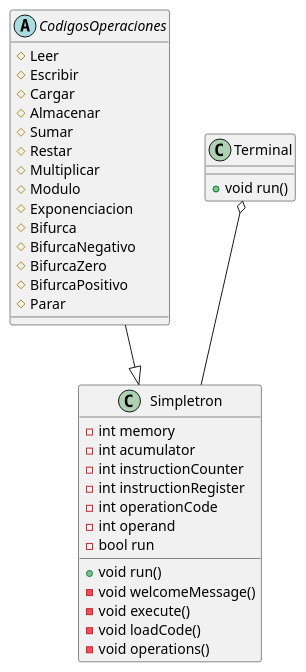
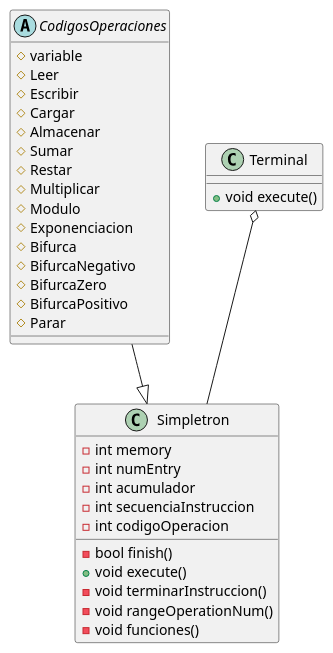
Before and after one commit to Angel30-G/Tec-poo: the diagram in Proyectos/Proyecto-1/UML/simpletron.plantuml, drawn with PlantUML. The commit also changed other lines of this file and 10 other files, not shown here.

```diff
--- a/Proyectos/Proyecto-1/UML/simpletron.plantuml
+++ b/Proyectos/Proyecto-1/UML/simpletron.plantuml
@@ -1,36 +1,35 @@
 @startuml 
 abstract class CodigosOperaciones
+CodigosOperaciones : #variable
 CodigosOperaciones : #Leer
 CodigosOperaciones : #Escribir
 CodigosOperaciones : #Cargar
 CodigosOperaciones : #Almacenar
 CodigosOperaciones : #Sumar
 CodigosOperaciones : #Restar
 CodigosOperaciones : #Multiplicar
 CodigosOperaciones : #Modulo 
 CodigosOperaciones : #Exponenciacion
 CodigosOperaciones : #Bifurca
 CodigosOperaciones : #BifurcaNegativo
 CodigosOperaciones : #BifurcaZero
 CodigosOperaciones : #BifurcaPositivo
 CodigosOperaciones : #Parar
 class Terminal{
-    +void run()
+    +void execute()
 }
 class Simpletron{
     -int memory
-    -int acumulator
-    -int instructionCounter
-    -int instructionRegister
-    -int operationCode
-    -int operand
-    -bool run
-    +void run()
-    -void welcomeMessage()
-    -void execute()
-    -void loadCode()
-    -void operations()
+    -int numEntry
+    -int acumulador
+    -int secuenciaInstruccion
+    -int codigoOperacion
+    -bool finish()
+    +void execute()
+    -void terminarInstruccion()
+    -void rangeOperationNum()
+    -void funciones()
 }
 CodigosOperaciones --|> Simpletron
 Terminal o-- Simpletron
 @enduml
```
